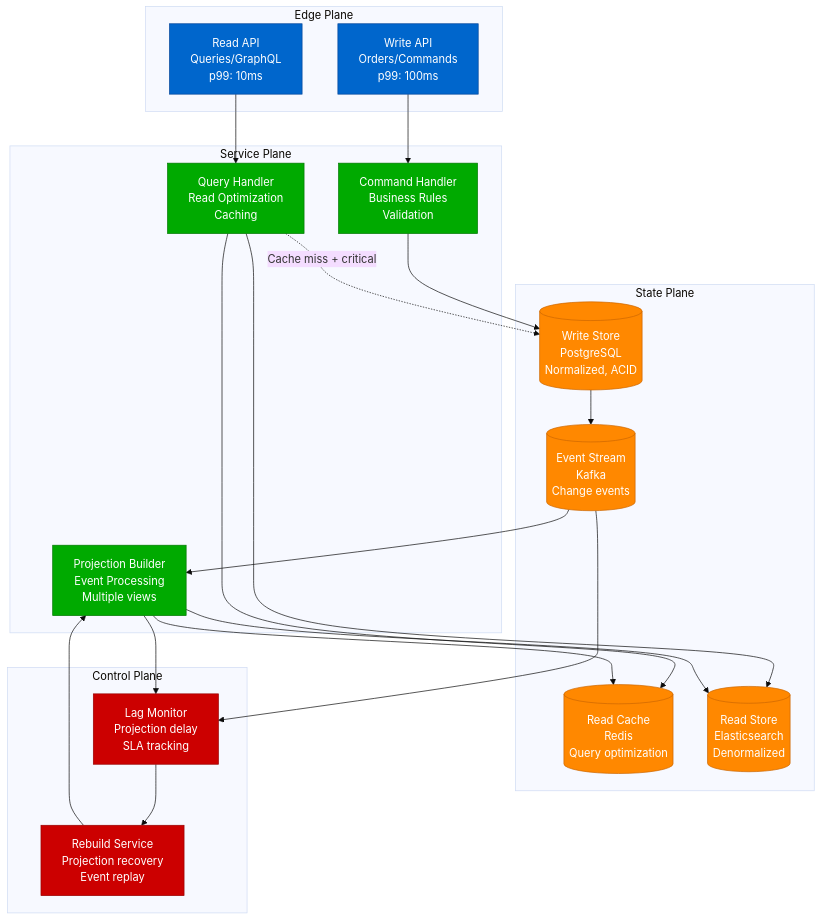
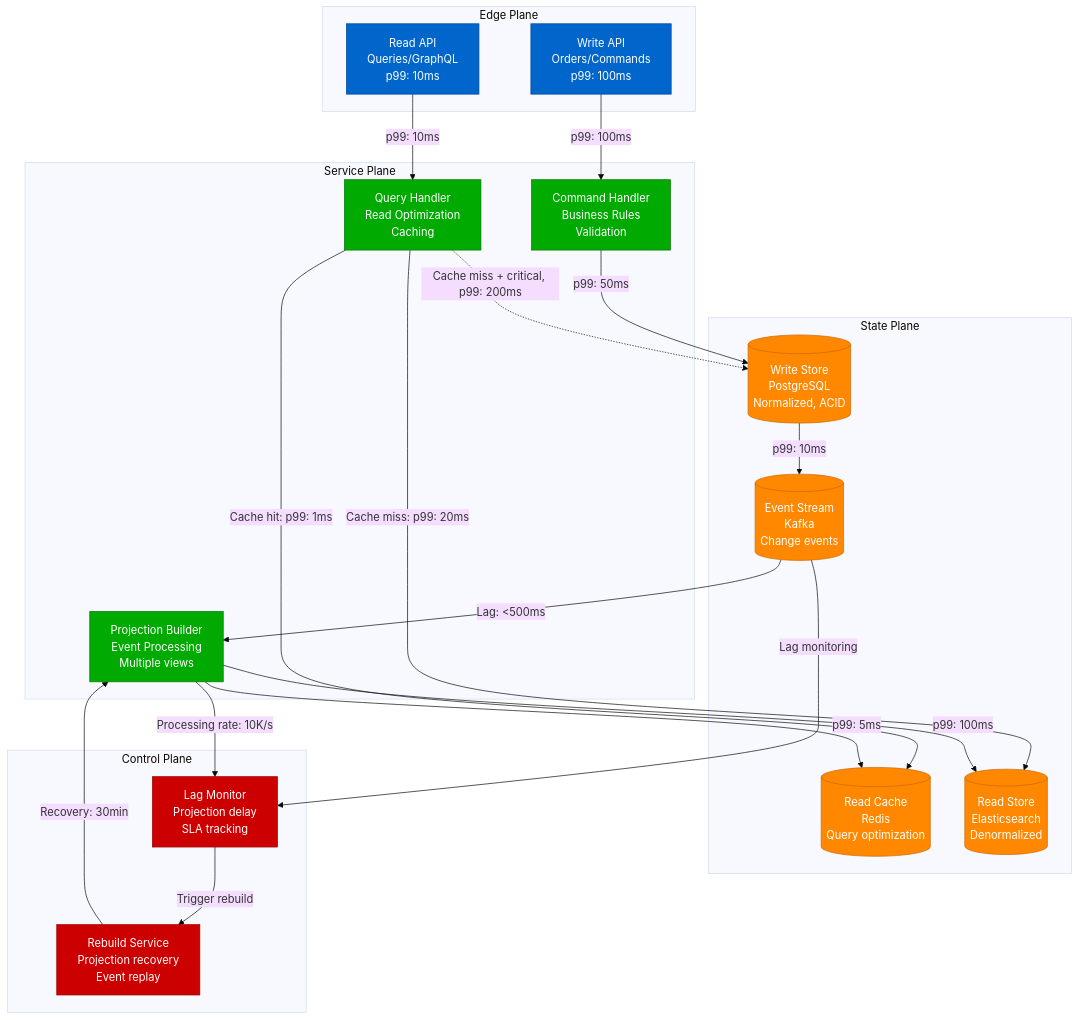
One commit to deepaucksharma/DS changed the fourth of 12 diagrams in site/docs/patterns/micro-patterns.md. Above: the diagram before and after it, drawn with Mermaid (base theme). The commit also changed other lines of this file and 108 other files, not shown here.

````diff
--- a/site/docs/patterns/micro-patterns.md
+++ b/site/docs/patterns/micro-patterns.md
@@ -239,59 +239,59 @@
 ```mermaid
 graph TB
     subgraph EdgePlane[Edge Plane]
         WRITE_API[Write API<br/>Orders/Commands<br/>p99: 100ms]
         READ_API[Read API<br/>Queries/GraphQL<br/>p99: 10ms]
     end
 
     subgraph ServicePlane[Service Plane]
         COMMAND[Command Handler<br/>Business Rules<br/>Validation]
         PROJECTION[Projection Builder<br/>Event Processing<br/>Multiple views]
         QUERY[Query Handler<br/>Read Optimization<br/>Caching]
     end
 
     subgraph StatePlane[State Plane]
         WRITE_DB[(Write Store<br/>PostgreSQL<br/>Normalized, ACID)]
         EVENT_STREAM[(Event Stream<br/>Kafka<br/>Change events)]
         READ_CACHE[(Read Cache<br/>Redis<br/>Query optimization)]
         READ_DB[(Read Store<br/>Elasticsearch<br/>Denormalized)]
     end
 
     subgraph ControlPlane[Control Plane]
         LAG_MON[Lag Monitor<br/>Projection delay<br/>SLA tracking]
         REBUILD[Rebuild Service<br/>Projection recovery<br/>Event replay]
     end
 
     %% Write path
-    WRITE_API --> COMMAND
-    COMMAND --> WRITE_DB
-    WRITE_DB --> EVENT_STREAM
+    WRITE_API -->|p99: 100ms| COMMAND
+    COMMAND -->|p99: 50ms| WRITE_DB
+    WRITE_DB -->|p99: 10ms| EVENT_STREAM
 
     %% Read path
-    READ_API --> QUERY
-    QUERY --> READ_CACHE
-    QUERY --> READ_DB
+    READ_API -->|p99: 10ms| QUERY
+    QUERY -->|Cache hit: p99: 1ms| READ_CACHE
+    QUERY -->|Cache miss: p99: 20ms| READ_DB
 
     %% Event processing
-    EVENT_STREAM --> PROJECTION
-    PROJECTION --> READ_DB
-    PROJECTION --> READ_CACHE
+    EVENT_STREAM -->|Lag: <500ms| PROJECTION
+    PROJECTION -->|p99: 100ms| READ_DB
+    PROJECTION -->|p99: 5ms| READ_CACHE
 
     %% Fallback path
-    QUERY -.->|Cache miss + critical| WRITE_DB
+    QUERY -.->|Cache miss + critical, p99: 200ms| WRITE_DB
 
     %% Management
-    EVENT_STREAM --> LAG_MON
-    PROJECTION --> LAG_MON
-    LAG_MON --> REBUILD
-    REBUILD --> PROJECTION
+    EVENT_STREAM -->|Lag monitoring| LAG_MON
+    PROJECTION -->|Processing rate: 10K/s| LAG_MON
+    LAG_MON -->|Trigger rebuild| REBUILD
+    REBUILD -->|Recovery: 30min| PROJECTION
 
     classDef edgeStyle fill:#0066CC,stroke:#004499,color:#fff
     classDef serviceStyle fill:#00AA00,stroke:#007700,color:#fff
     classDef stateStyle fill:#FF8800,stroke:#CC6600,color:#fff
     classDef controlStyle fill:#CC0000,stroke:#990000,color:#fff
 
     class WRITE_API,READ_API edgeStyle
     class COMMAND,PROJECTION,QUERY serviceStyle
     class WRITE_DB,EVENT_STREAM,READ_CACHE,READ_DB stateStyle
     class LAG_MON,REBUILD controlStyle
 ```
````
